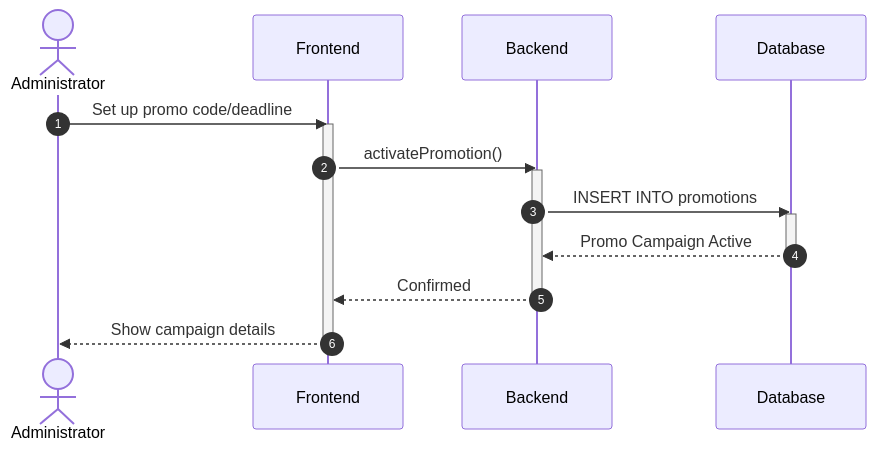
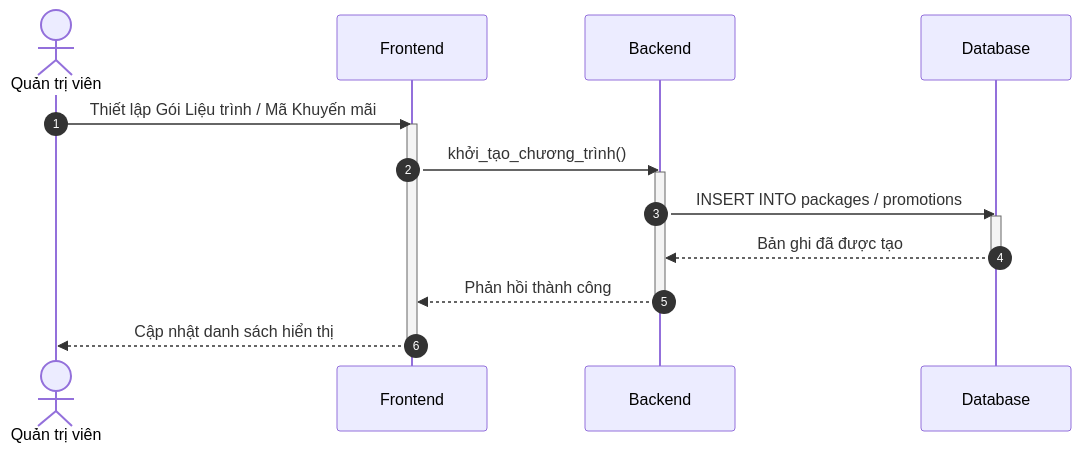
Before and after one commit to ngoctinn/Synapse: the third of 3 diagrams in docs/design/sequences_simplified/admin_flows.md, drawn with Mermaid. The commit also changed other lines of this file and 4 other files, not shown here.

Commit message:
docs: Add simplified sequence diagrams for authentication and various user flows.

````diff
--- a/docs/design/sequences_simplified/admin_flows.md
+++ b/docs/design/sequences_simplified/admin_flows.md
@@ -131,23 +75,23 @@
 ```mermaid
 sequenceDiagram
     autonumber
-    actor Admin as Administrator
+    actor Admin as Quản trị viên
     participant FE as Frontend
     participant BE as Backend
     participant DB as Database
 
-    Admin->>FE: Set up promo code/deadline
+    Admin->>FE: Thiết lập Gói Liệu trình / Mã Khuyến mãi
     activate FE
-    FE->>BE: activatePromotion()
+    FE->>BE: khởi_tạo_chương_trình()
     activate BE
 
-    BE->>DB: INSERT INTO promotions
+    BE->>DB: INSERT INTO packages / promotions
     activate DB
-    DB-->>BE: Promo Campaign Active
+    DB-->>BE: Bản ghi đã được tạo
     deactivate DB
 
-    BE-->>FE: Confirmed
+    BE-->>FE: Phản hồi thành công
     deactivate BE
-    FE-->>Admin: Show campaign details
+    FE-->>Admin: Cập nhật danh sách hiển thị
     deactivate FE
 ```
````
